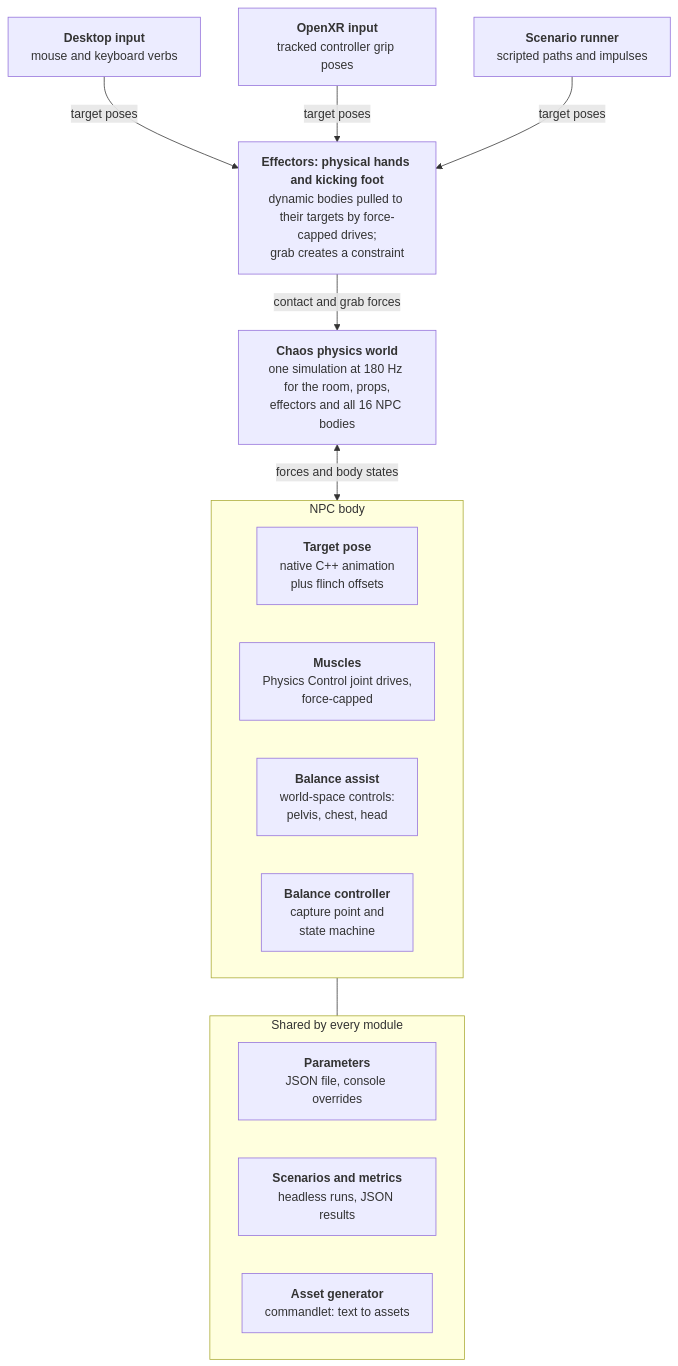
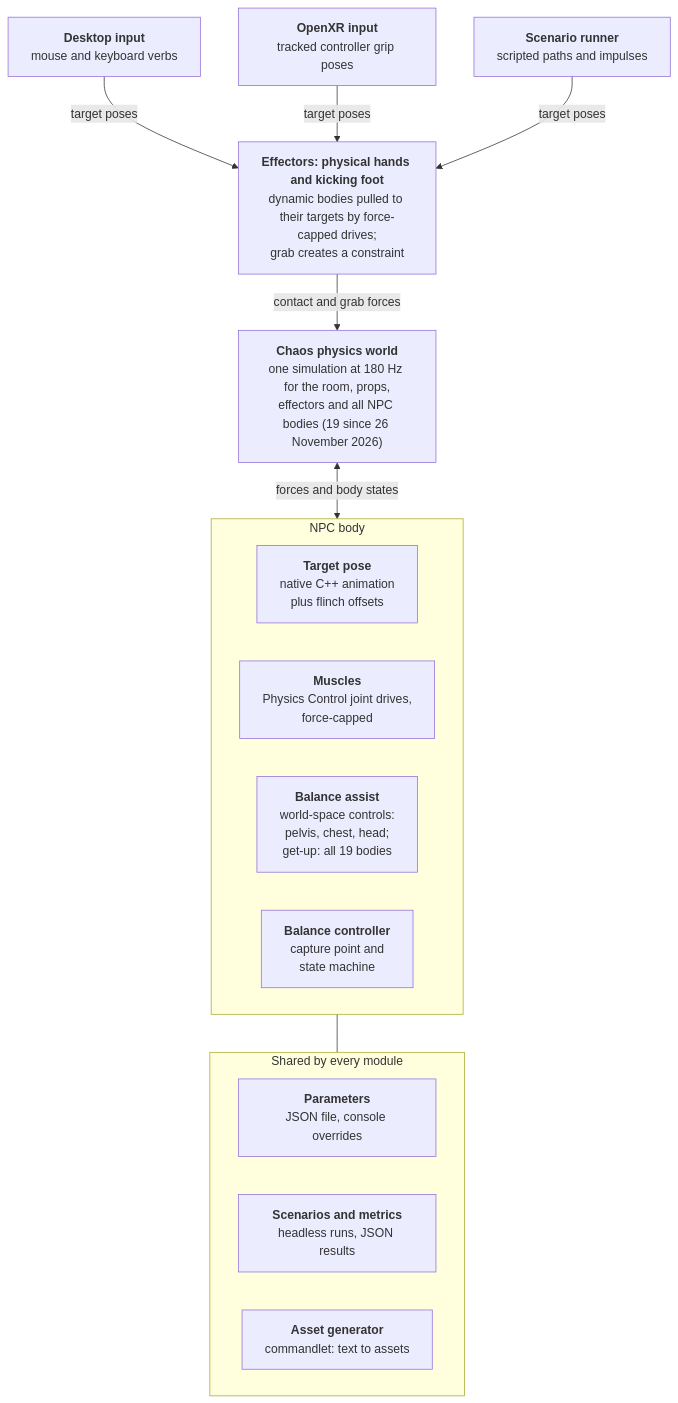
The first of 3 diagrams in docs/PRD.md (ksk6794/dictator-sandbox), drawn with Mermaid before and after one commit. The commit also changed other lines of this file and 8 other files, not shown here.

````diff
--- a/docs/PRD.md
+++ b/docs/PRD.md
@@ -122,25 +142,25 @@
 ```mermaid
 flowchart TD
     D["<b>Desktop input</b><br/>mouse and keyboard verbs"]
     X["<b>OpenXR input</b><br/>tracked controller grip poses"]
     S["<b>Scenario runner</b><br/>scripted paths and impulses"]
     E["<b>Effectors: physical hands and kicking foot</b><br/>dynamic bodies pulled to their targets by force-capped drives;<br/>grab creates a constraint"]
-    W["<b>Chaos physics world</b><br/>one simulation at 180 Hz for the room, props,<br/>effectors and all 16 NPC bodies"]
+    W["<b>Chaos physics world</b><br/>one simulation at 180 Hz for the room, props,<br/>effectors and all NPC bodies (19 since 26 November 2026)"]
     D -->|target poses| E
     X -->|target poses| E
     S -->|target poses| E
     E -->|contact and grab forces| W
     W <-->|forces and body states| NPC
     subgraph NPC["NPC body"]
         P["<b>Target pose</b><br/>native C++ animation<br/>plus flinch offsets"]
         M["<b>Muscles</b><br/>Physics Control joint drives,<br/>force-capped"]
-        A["<b>Balance assist</b><br/>world-space controls:<br/>pelvis, chest, head"]
+        A["<b>Balance assist</b><br/>world-space controls:<br/>pelvis, chest, head;<br/>get-up: all 19 bodies"]
         C["<b>Balance controller</b><br/>capture point and<br/>state machine"]
     end
     subgraph SHARED["Shared by every module"]
         PA["<b>Parameters</b><br/>JSON file, console overrides"]
         SC["<b>Scenarios and metrics</b><br/>headless runs, JSON results"]
         G["<b>Asset generator</b><br/>commandlet: text to assets"]
     end
     NPC --- SHARED
 ```
````
